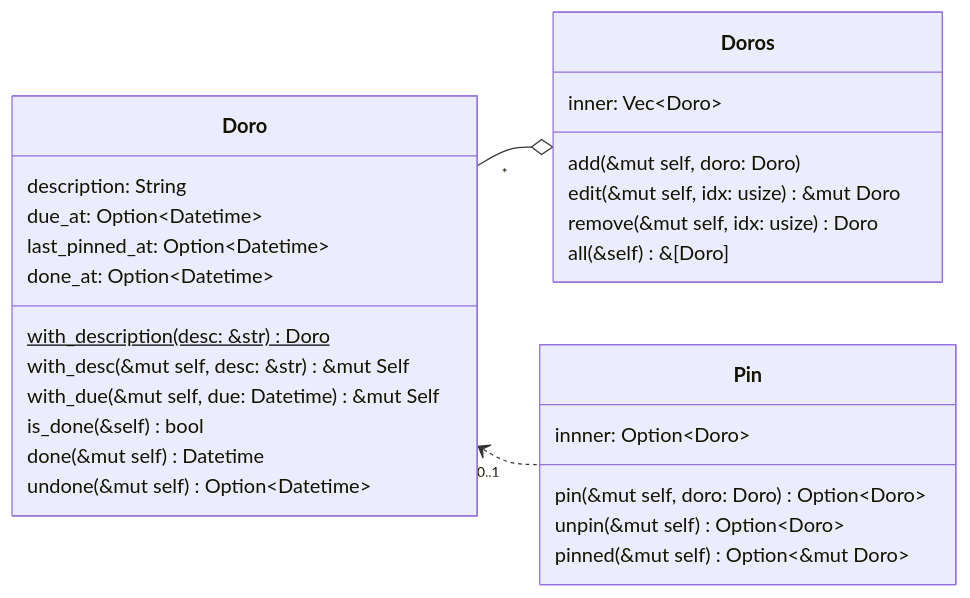
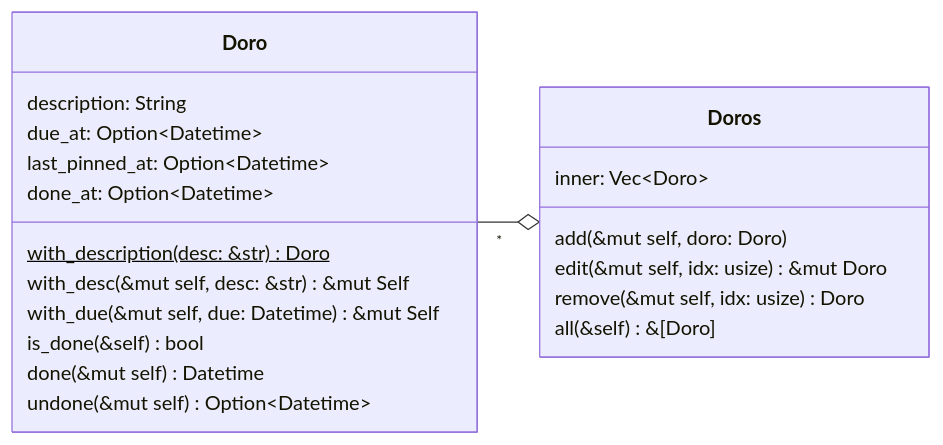
Before and after one commit to huangjj27/huangjj27.github.io: the third of 4 diagrams in src/pomo_doro/doro.md, drawn with Mermaid. The commit also changed other lines of this file, not shown here.

Commit message:
sprint-0.0.4(doro): 简化 Doro 与置顶的设计

````diff
--- a/src/pomo_doro/doro.md
+++ b/src/pomo_doro/doro.md
@@ -61,34 +51,26 @@
 ```mermaid
 classDiagram
     direction LR
     Doro "*" --o Doros
-    Doro "0..1" <.. Pin
 
     class Doro {
         description: String
         due_at: Option~Datetime~
         last_pinned_at: Option~Datetime~
         done_at: Option~Datetime~
         with_description(desc: &str) Doro$
         with_desc(&mut self, desc: &str) &mut Self
         with_due(&mut self, due: Datetime) &mut Self
         is_done(&self) bool
         done(&mut self) Datetime
         undone(&mut self) Option~Datetime~
     }
 
     class Doros {
         inner: Vec~Doro~
         add(&mut self, doro: Doro)
         edit(&mut self, idx: usize) &mut Doro
         remove(&mut self, idx: usize) Doro
         all(&self) &[Doro]
     }
-
-    class Pin {
-        innner: Option~Doro~
-        pin(&mut self, doro: Doro) Option~Doro~
-        unpin(&mut self) Option~Doro~
-        pinned(&mut self) Option~&mut Doro~
-    }
 ```
````
